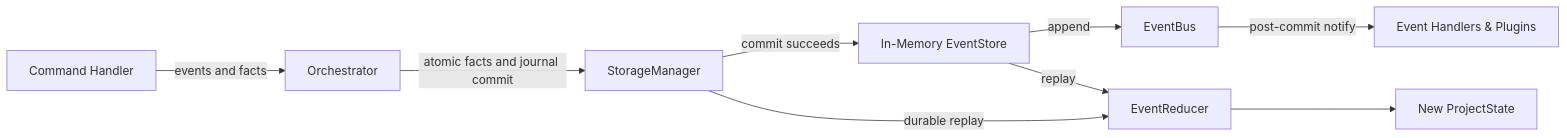
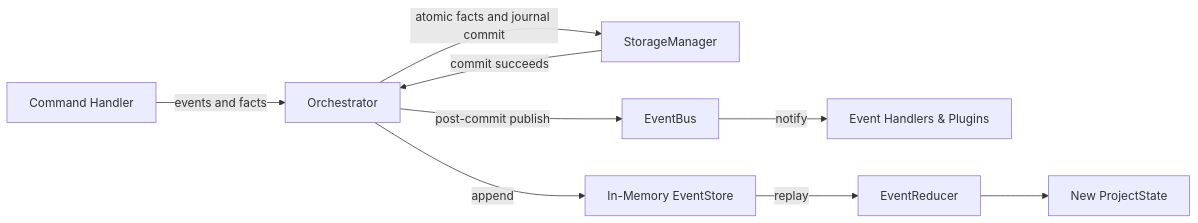
Before and after one commit to raitaskeen/LegacyExodus: the diagram in docs/implementation/event-system.md, drawn with Mermaid. The commit also changed other lines of this file and 1 other file, not shown here.

Commit message:
docs(runtime): correct event flow and replay semantics
- Align event data flow diagram with Orchestrator append and publish ownership
- Clarify in-memory vs durable replay boundaries across process restart
- Synchronize core implementation marker to latest verified core task commit

````diff
--- a/docs/implementation/event-system.md
+++ b/docs/implementation/event-system.md
@@ -9,11 +9,11 @@
 ```mermaid
 flowchart LR
     A[Command Handler] -->|events and facts| B[Orchestrator]
     B -->|atomic facts and journal commit| C[StorageManager]
-    C -->|commit succeeds| D[In-Memory EventStore]
-    D -->|append| E[EventBus]
-    E -->|post-commit notify| F[Event Handlers & Plugins]
+    C -->|commit succeeds| B
+    B -->|append| D[In-Memory EventStore]
+    B -->|post-commit publish| E[EventBus]
+    E -->|notify| F[Event Handlers & Plugins]
     D -->|replay| G[EventReducer]
-    C -->|durable replay| G
     G --> H[New ProjectState]
 ```
````
